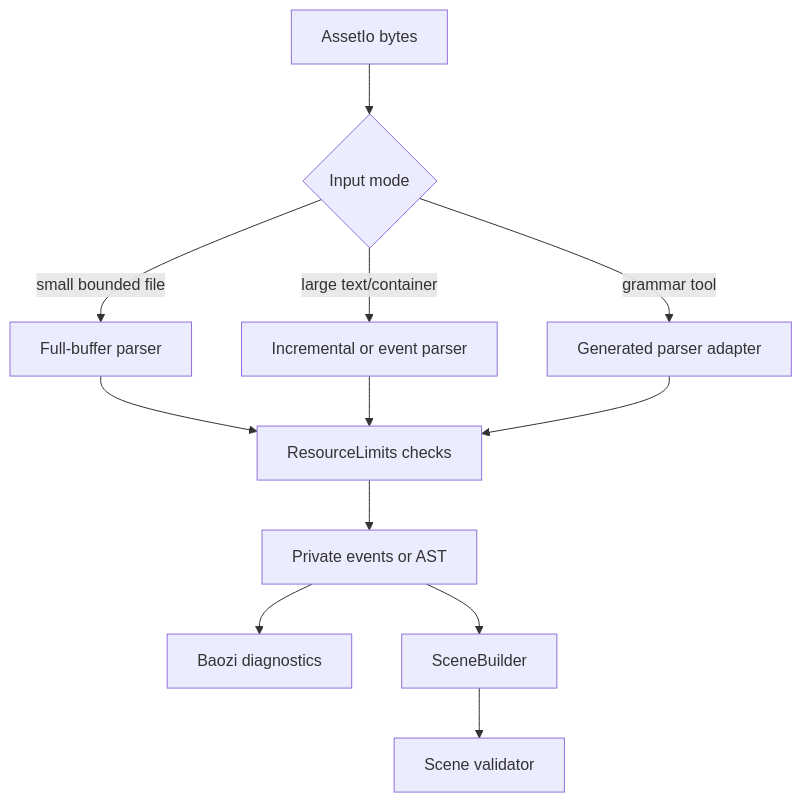
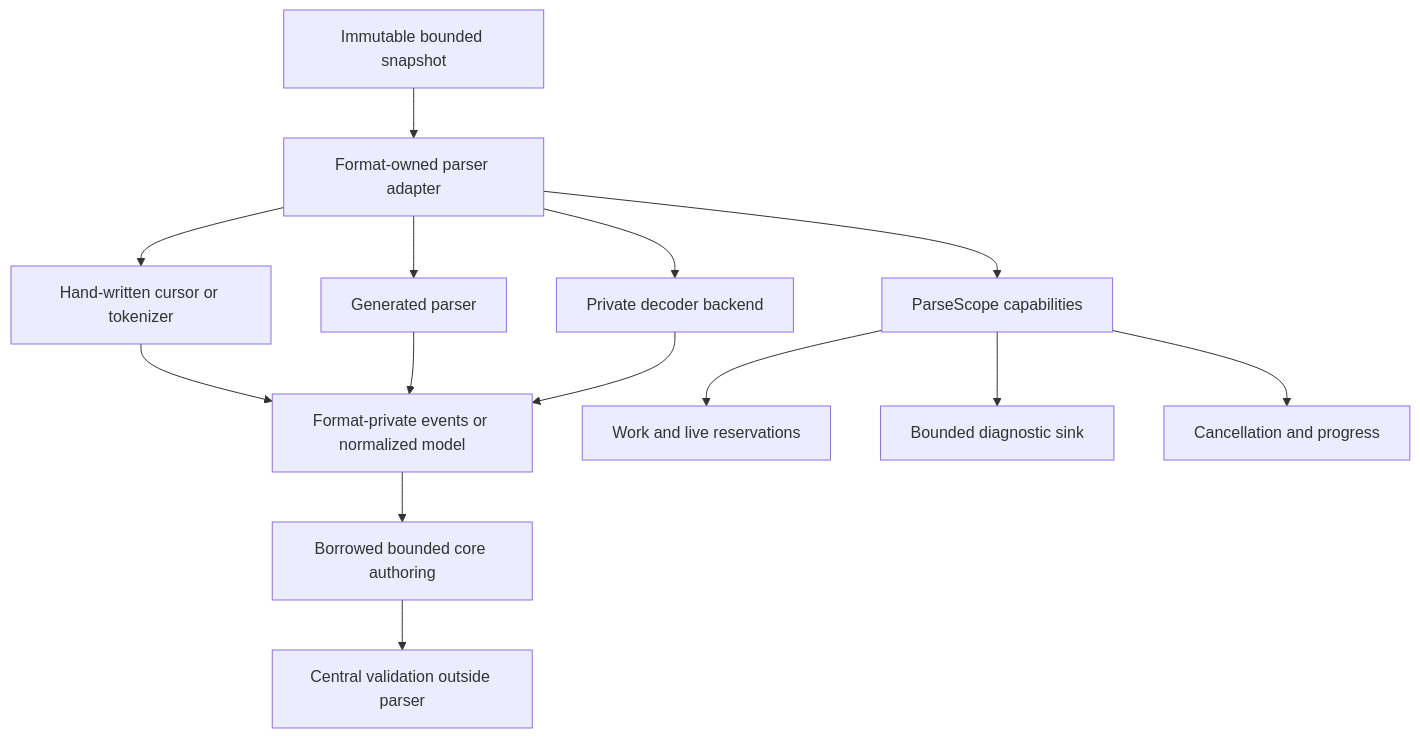
One commit to Latias94/baozi changed the diagram in docs/adr/0019-parser-diagnostic-streaming-and-generated-code-contract.md. Above: the diagram before and after it, drawn with Mermaid. The commit also changed other lines of this file and 978 other files, not shown here.

First line of the commit message:
refactor: deliver typed scene workflows and bounded imports (#3)

````diff
--- a/docs/adr/0019-parser-diagnostic-streaming-and-generated-code-contract.md
+++ b/docs/adr/0019-parser-diagnostic-streaming-and-generated-code-contract.md
@@ -52,14 +112,16 @@
 ```mermaid
 flowchart TB
-    Bytes[AssetIo bytes] --> Mode{Input mode}
-    Mode -->|small bounded file| FullBuffer[Full-buffer parser]
-    Mode -->|large text/container| Incremental[Incremental or event parser]
-    Mode -->|grammar tool| Generated[Generated parser adapter]
-    FullBuffer --> Limits[ResourceLimits checks]
-    Incremental --> Limits
-    Generated --> Limits
-    Limits --> Private[Private events or AST]
-    Private --> Diagnostics[Baozi diagnostics]
-    Private --> Builder[SceneBuilder]
-    Builder --> Validator[Scene validator]
+    Snapshot[Immutable bounded snapshot] --> Adapter[Format-owned parser adapter]
+    Adapter --> Hand[Hand-written cursor or tokenizer]
+    Adapter --> Generated[Generated parser]
+    Adapter --> Backend[Private decoder backend]
+    Hand --> Normalized[Format-private events or normalized model]
+    Generated --> Normalized
+    Backend --> Normalized
+    Adapter --> Scope[ParseScope capabilities]
+    Scope --> Budget[Work and live reservations]
+    Scope --> Diagnostics[Bounded diagnostic sink]
+    Scope --> Control[Cancellation and progress]
+    Normalized --> Author[Borrowed bounded core authoring]
+    Author --> Validate[Central validation outside parser]
 ```
````
